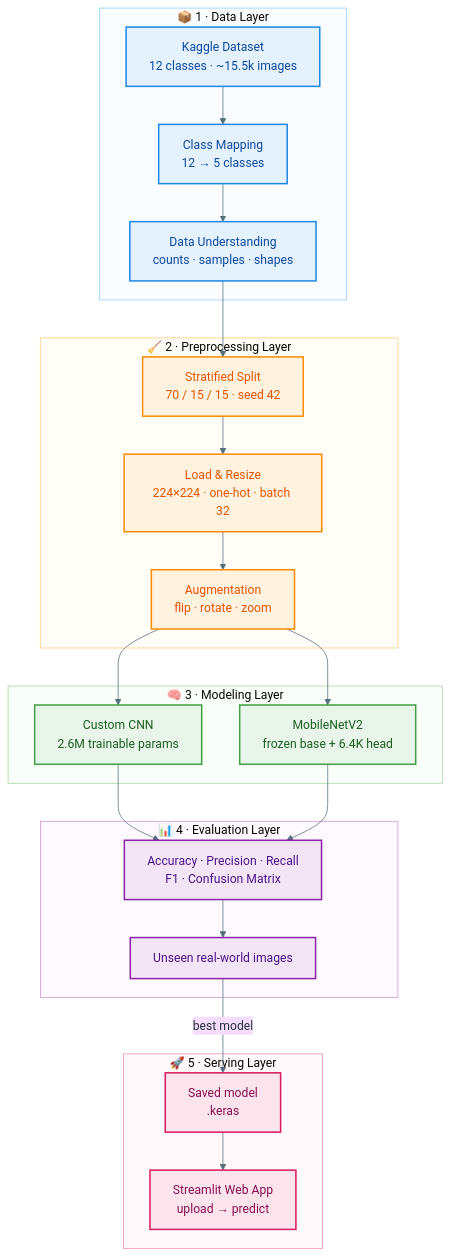
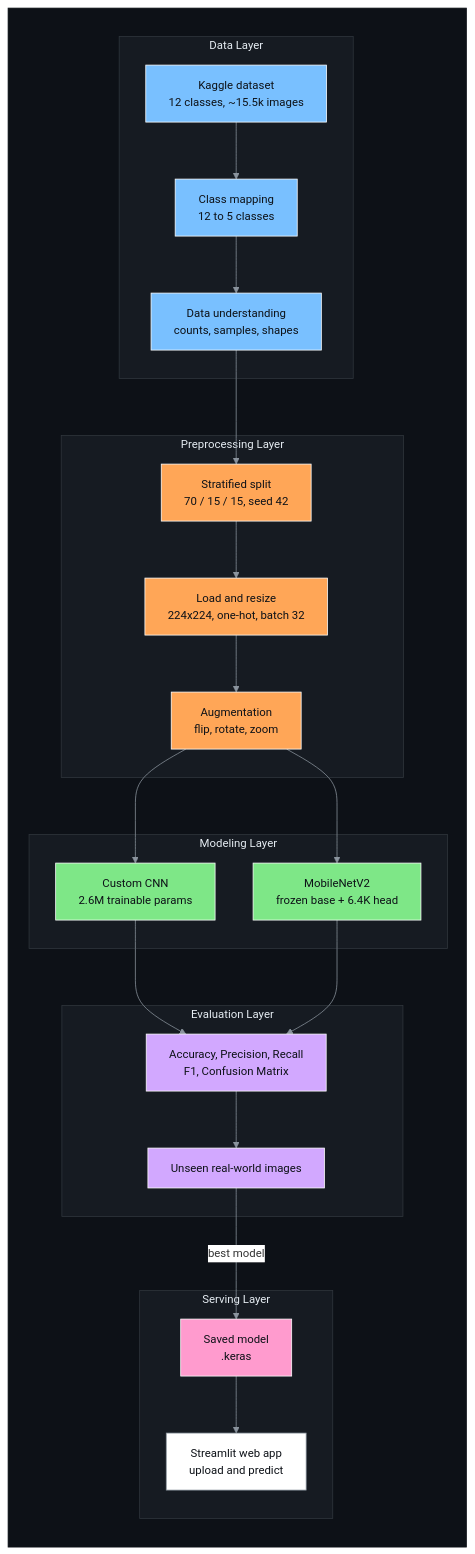
Before and after one commit to sidhantds/Waste-Classification: the first of 6 diagrams in README.md, drawn with Mermaid. The commit also changed other lines of this file, not shown here.

````diff
--- a/README.md
+++ b/README.md
@@ -80,53 +115,58 @@
 ```mermaid
-%%{init: {'theme': 'base', 'themeVariables': {'background': '#ffffff', 'primaryTextColor': '#263238', 'lineColor': '#546E7A', 'fontFamily': 'Arial'}}}%%
+%%{init: {'theme': 'base', 'themeVariables': {'background': '#0d1117', 'lineColor': '#8b949e', 'textColor': '#0d1117', 'edgeLabelBackground': '#ffffff', 'clusterBkg': '#161b22', 'clusterBorder': '#30363d', 'titleColor': '#e6edf3', 'fontFamily': 'Arial', 'fontSize': '15px'}}}%%
 flowchart TB
-    subgraph S1["📦 1 · Data Layer"]
-        A["Kaggle Dataset<br/>12 classes · ~15.5k images"]:::data
-        B["Class Mapping<br/>12 → 5 classes"]:::data
-        C["Data Understanding<br/>counts · samples · shapes"]:::data
-        A --> B --> C
+    subgraph BG[" "]
+        direction TB
+        subgraph S1["Data Layer"]
+            A["Kaggle dataset<br/>12 classes, ~15.5k images"]:::blue
+            B["Class mapping<br/>12 to 5 classes"]:::blue
+            C["Data understanding<br/>counts, samples, shapes"]:::blue
+            A --> B --> C
+        end
+
+        subgraph S2["Preprocessing Layer"]
+            D["Stratified split<br/>70 / 15 / 15, seed 42"]:::orange
+            E["Load and resize<br/>224x224, one-hot, batch 32"]:::orange
+            F["Augmentation<br/>flip, rotate, zoom"]:::orange
+            D --> E --> F
+        end
+
+        subgraph S3["Modeling Layer"]
+            G1["Custom CNN<br/>2.6M trainable params"]:::green
+            G2["MobileNetV2<br/>frozen base + 6.4K head"]:::green
+        end
+
+        subgraph S4["Evaluation Layer"]
+            H["Accuracy, Precision, Recall<br/>F1, Confusion Matrix"]:::purple
+            H2["Unseen real-world images"]:::purple
+        end
+
+        subgraph S5["Serving Layer"]
+            I["Saved model<br/>.keras"]:::pink
+            J["Streamlit web app<br/>upload and predict"]:::white
+        end
+
+        C --> D
+        F --> G1
+        F --> G2
+        G1 --> H
+        G2 --> H
+        H --> H2
+        H2 -->|best model| I
+        I --> J
     end
 
-    subgraph S2["🧹 2 · Preprocessing Layer"]
-        D["Stratified Split<br/>70 / 15 / 15 · seed 42"]:::prep
-        E["Load & Resize<br/>224×224 · one-hot · batch 32"]:::prep
-        F["Augmentation<br/>flip · rotate · zoom"]:::prep
-        D --> E --> F
-    end
+    classDef blue fill:#79c0ff,stroke:#ffffff,stroke-width:1px,color:#0d1117
+    classDef orange fill:#ffa657,stroke:#ffffff,stroke-width:1px,color:#0d1117
+    classDef green fill:#7ee787,stroke:#ffffff,stroke-width:1px,color:#0d1117
+    classDef purple fill:#d2a8ff,stroke:#ffffff,stroke-width:1px,color:#0d1117
+    classDef pink fill:#ff9bce,stroke:#ffffff,stroke-width:1px,color:#0d1117
+    classDef white fill:#ffffff,stroke:#8b949e,stroke-width:1px,color:#0d1117
 
-    subgraph S3["🧠 3 · Modeling Layer"]
-        G1["Custom CNN<br/>2.6M trainable params"]:::model
-        G2["MobileNetV2<br/>frozen base + 6.4K head"]:::model
-    end
-
-    subgraph S4["📊 4 · Evaluation Layer"]
-        H["Accuracy · Precision · Recall<br/>F1 · Confusion Matrix"]:::eval
-        H2["Unseen real-world images"]:::eval
-    end
-
-    subgraph S5["🚀 5 · Serving Layer"]
-        I["Saved model<br/>.keras"]:::deploy
-        J["Streamlit Web App<br/>upload → predict"]:::deploy
-    end
-
-    C --> D
-    F --> G1
-    F --> G2
-    G1 --> H
-    G2 --> H
-    H --> H2
-    H2 -->|best model| I
-    I --> J
-
-    classDef data fill:#E3F2FD,stroke:#1E88E5,stroke-width:2px,color:#0D47A1
-    classDef prep fill:#FFF3E0,stroke:#FB8C00,stroke-width:2px,color:#E65100
-    classDef model fill:#E8F5E9,stroke:#43A047,stroke-width:2px,color:#1B5E20
-    classDef eval fill:#F3E5F5,stroke:#8E24AA,stroke-width:2px,color:#4A148C
-    classDef deploy fill:#FCE4EC,stroke:#D81B60,stroke-width:2px,color:#880E4F
-
-    style S1 fill:#FAFDFF,stroke:#90CAF9
-    style S2 fill:#FFFDF8,stroke:#FFCC80
-    style S3 fill:#F9FFF9,stroke:#A5D6A7
-    style S4 fill:#FDF9FF,stroke:#CE93D8
-    style S5 fill:#FFF9FB,stroke:#F48FB1
+    style BG fill:#0d1117,stroke:#0d1117
+    style S1 fill:#161b22,stroke:#30363d,color:#e6edf3
+    style S2 fill:#161b22,stroke:#30363d,color:#e6edf3
+    style S3 fill:#161b22,stroke:#30363d,color:#e6edf3
+    style S4 fill:#161b22,stroke:#30363d,color:#e6edf3
+    style S5 fill:#161b22,stroke:#30363d,color:#e6edf3
 ```
````
